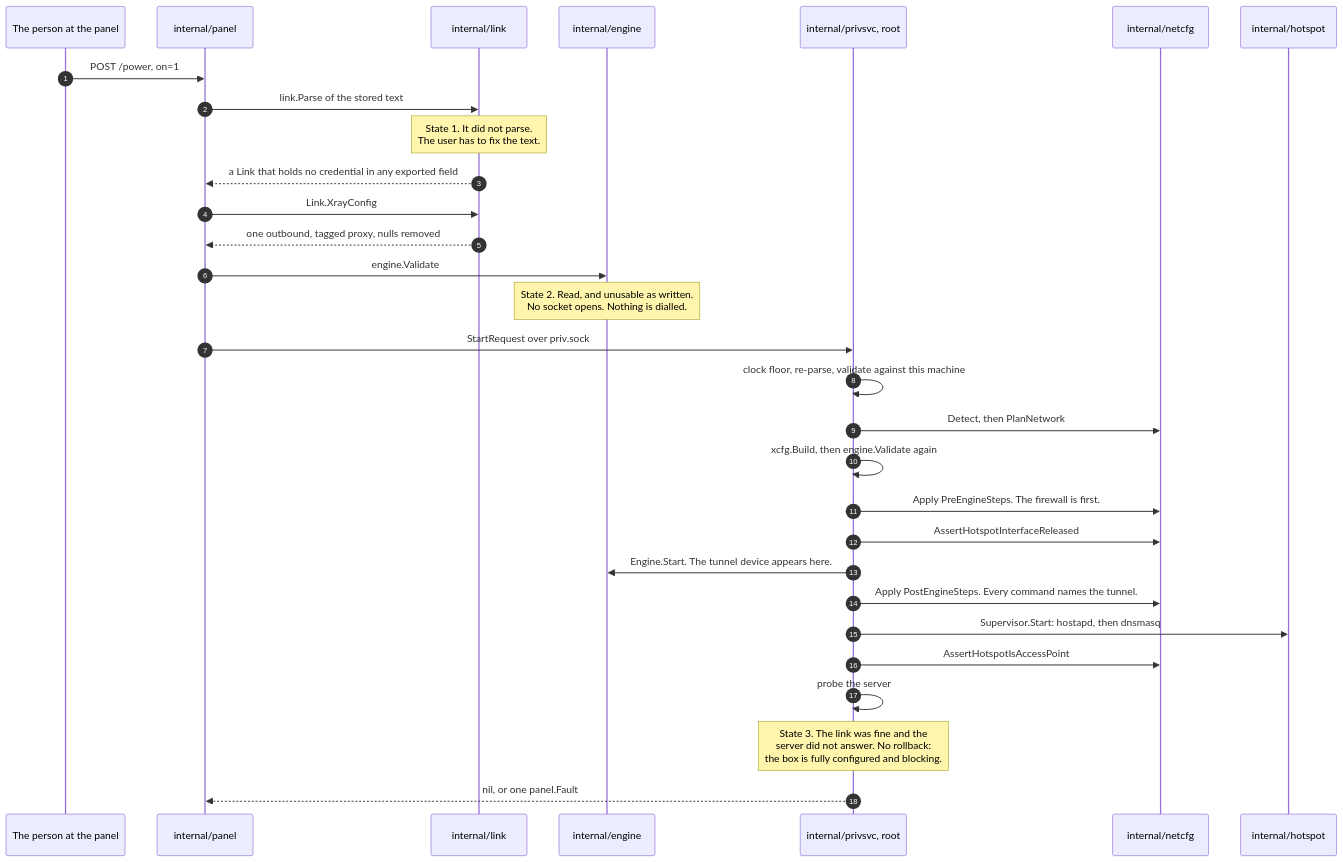
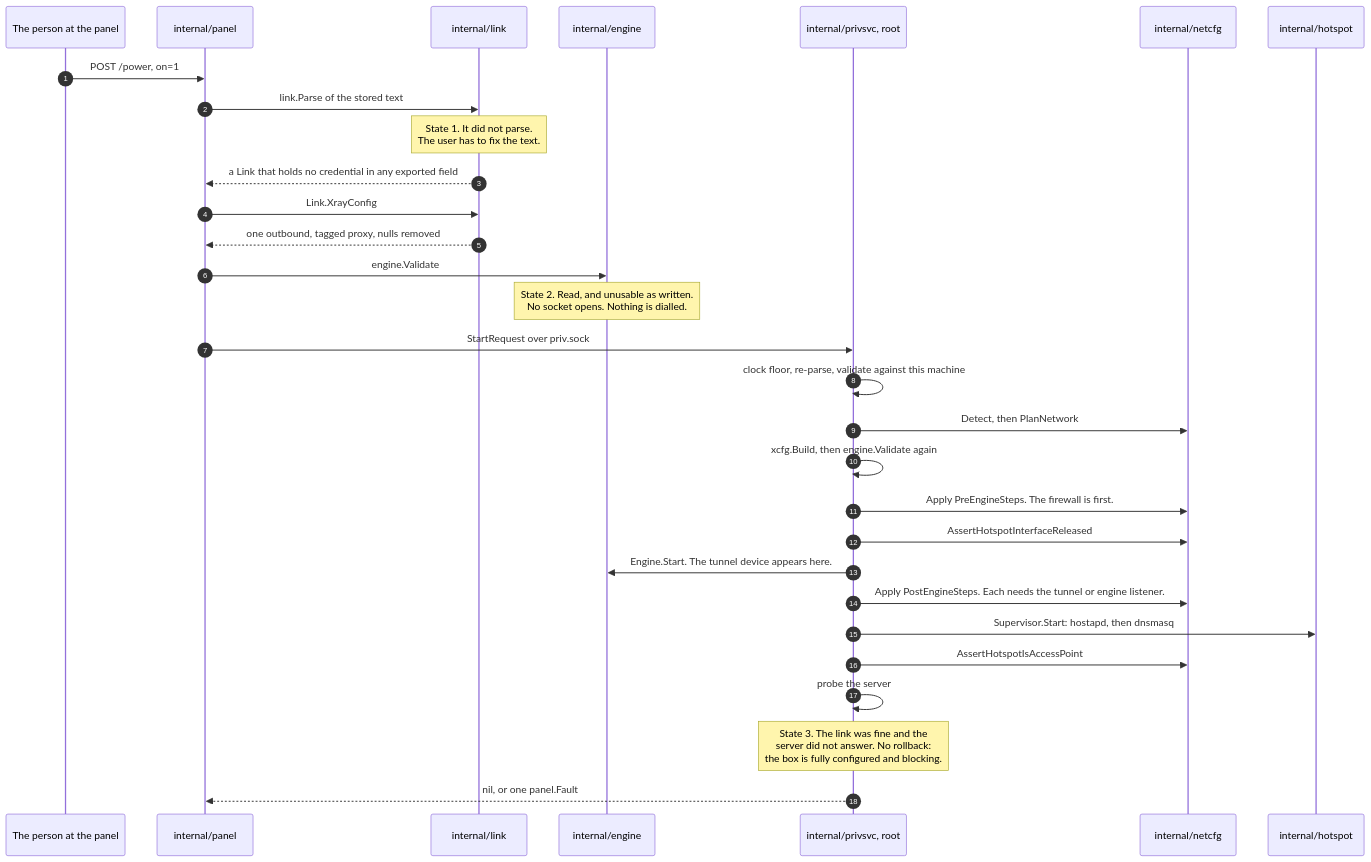
One commit to Iman/caspian changed the fourth of 10 diagrams in README.md. Above: the diagram before and after it, drawn with Mermaid. The commit also changed other lines of this file and 24 other files, not shown here.

````diff
--- a/README.md
+++ b/README.md
@@ -613,33 +617,33 @@
 ```mermaid
 sequenceDiagram
     autonumber
     participant U as The person at the panel
     participant PA as internal/panel
     participant LK as internal/link
     participant EN as internal/engine
     participant PS as internal/privsvc, root
     participant NC as internal/netcfg
     participant HS as internal/hotspot
 
     U->>PA: POST /power, on=1
     PA->>LK: link.Parse of the stored text
     Note over LK: State 1. It did not parse.<br/>The user has to fix the text.
     LK-->>PA: a Link that holds no credential in any exported field
     PA->>LK: Link.XrayConfig
     LK-->>PA: one outbound, tagged proxy, nulls removed
     PA->>EN: engine.Validate
     Note over EN: State 2. Read, and unusable as written.<br/>No socket opens. Nothing is dialled.
     PA->>PS: StartRequest over priv.sock
     PS->>PS: clock floor, re-parse, validate against this machine
     PS->>NC: Detect, then PlanNetwork
     PS->>PS: xcfg.Build, then engine.Validate again
     PS->>NC: Apply PreEngineSteps. The firewall is first.
     PS->>NC: AssertHotspotInterfaceReleased
     PS->>EN: Engine.Start. The tunnel device appears here.
-    PS->>NC: Apply PostEngineSteps. Every command names the tunnel.
+    PS->>NC: Apply PostEngineSteps. Each needs the tunnel or engine listener.
     PS->>HS: Supervisor.Start: hostapd, then dnsmasq
     PS->>NC: AssertHotspotIsAccessPoint
     PS->>PS: probe the server
     Note over PS: State 3. The link was fine and the<br/>server did not answer. No rollback:<br/>the box is fully configured and blocking.
     PS-->>PA: nil, or one panel.Fault
 ```
````
